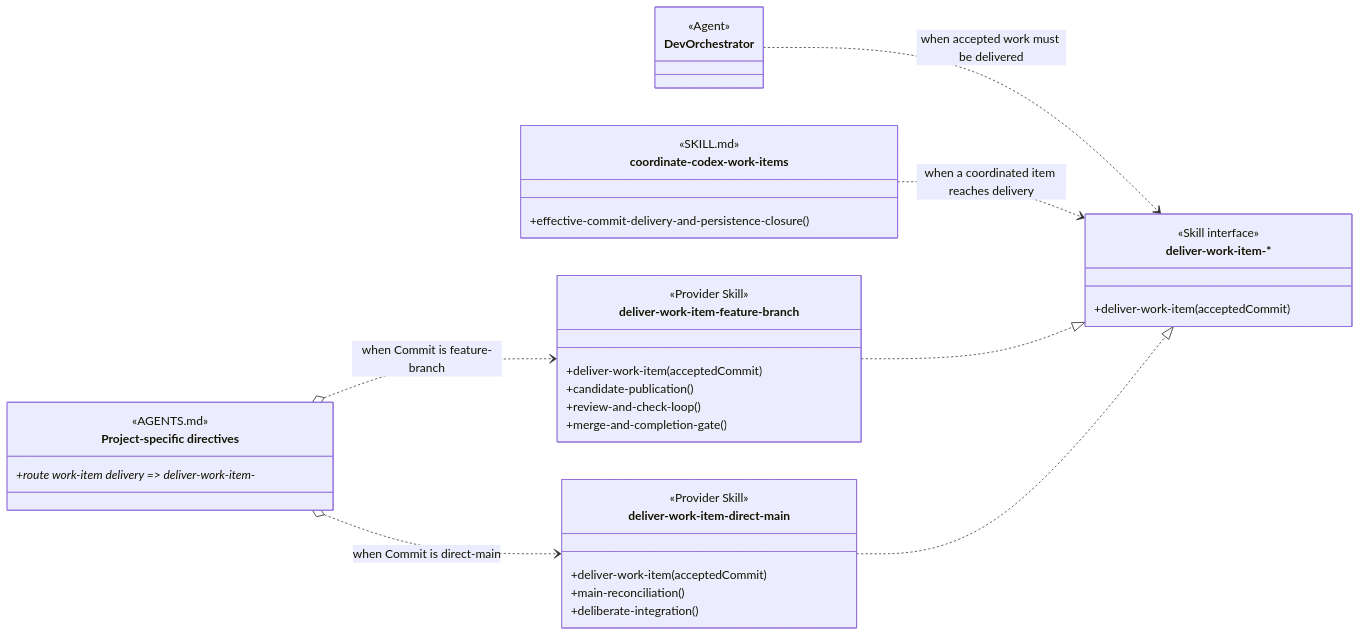
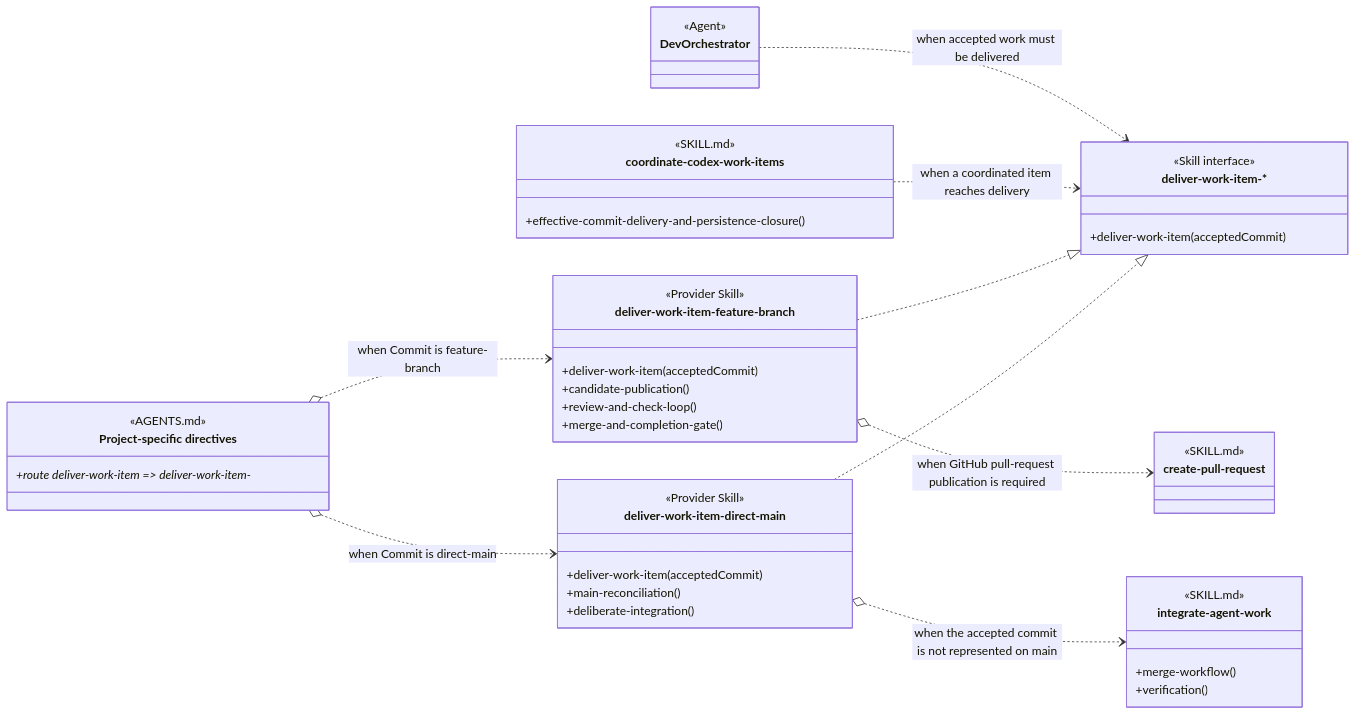
The sixth of 6 diagrams in design/skill-groups/concurrent-tasking.md (martinbechard/dev-methodology), drawn with Mermaid before and after one commit. The commit also changed other lines of this file and 8 other files, not shown here.

Commit message:
Clarify agent and skill group dependency views

````diff
--- a/design/skill-groups/concurrent-tasking.md
+++ b/design/skill-groups/concurrent-tasking.md
@@ -355,48 +431,60 @@
 ```mermaid
 classDiagram
     direction LR
 
     class DevOrchestrator {
         <<Agent>>
     }
 
     class coordinate-codex-work-items {
         <<SKILL.md>>
         <<Agent Skill>>
         +effective-commit-delivery-and-persistence-closure()
     }
 
     class project-specific-directives["Project-specific directives"] {
         <<AGENTS.md>>
         <<routing>>
-        +route work-item delivery => deliver-work-item-*
+        +route deliver-work-item => deliver-work-item-*
     }
 
     class DeliverWorkItem["deliver-work-item-*"] {
         <<Skill interface>>
         +deliver-work-item(acceptedCommit)
     }
 
     class deliver-work-item-feature-branch {
         <<Provider Skill>>
         +deliver-work-item(acceptedCommit)
         +candidate-publication()
         +review-and-check-loop()
         +merge-and-completion-gate()
     }
 
     class deliver-work-item-direct-main {
         <<Provider Skill>>
         <<Cross-group>>
         +deliver-work-item(acceptedCommit)
         +main-reconciliation()
         +deliberate-integration()
     }
 
+    class create-pull-request {
+        <<SKILL.md>>
+    }
+
+    class integrate-agent-work {
+        <<SKILL.md>>
+        +merge-workflow()
+        +verification()
+    }
+
     DevOrchestrator ..> DeliverWorkItem : when accepted work must be delivered
     coordinate-codex-work-items ..> DeliverWorkItem : when a coordinated item reaches delivery
     project-specific-directives o..> deliver-work-item-feature-branch : when Commit is feature-branch
     project-specific-directives o..> deliver-work-item-direct-main : when Commit is direct-main
     deliver-work-item-feature-branch ..|> DeliverWorkItem
     deliver-work-item-direct-main ..|> DeliverWorkItem
+    deliver-work-item-feature-branch o..> create-pull-request : when GitHub pull-request publication is required
+    deliver-work-item-direct-main o..> integrate-agent-work : when the accepted commit is not represented on main
 ```
````
